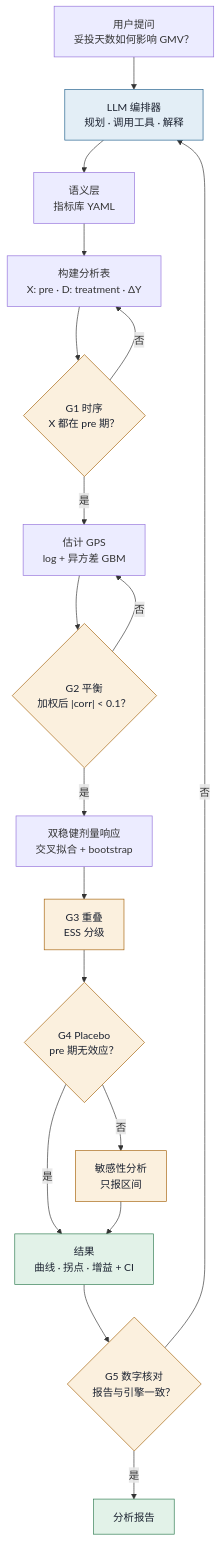
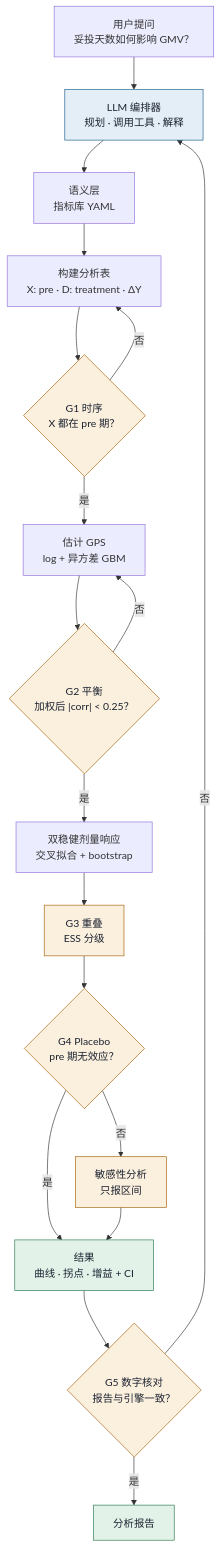
The diagram in docs/flowchart.mmd (zhangwuziyang/LSC), drawn with Mermaid before and after one commit. The commit also changed 19 other files, not shown here.

```diff
--- a/docs/flowchart.mmd
+++ b/docs/flowchart.mmd
@@ -1,24 +1,24 @@
 flowchart TD
     Q["用户提问<br/>妥投天数如何影响 GMV？"] --> O["LLM 编排器<br/>规划 · 调用工具 · 解释"]
     O --> S["语义层<br/>指标库 YAML"]
     S --> B["构建分析表<br/>X: pre · D: treatment · ΔY"]
     B --> G1{"G1 时序<br/>X 都在 pre 期？"}
     G1 -- 否 --> B
     G1 -- 是 --> GPS["估计 GPS<br/>log + 异方差 GBM"]
-    GPS --> G2{"G2 平衡<br/>加权后 |corr| < 0.1？"}
+    GPS --> G2{"G2 平衡<br/>加权后 |corr| < 0.25？"}
     G2 -- 否 --> GPS
     G2 -- 是 --> DR["双稳健剂量响应<br/>交叉拟合 + bootstrap"]
     DR --> G3["G3 重叠<br/>ESS 分级"]
     G3 --> G4{"G4 Placebo<br/>pre 期无效应？"}
     G4 -- 是 --> OUT["结果<br/>曲线 · 拐点 · 增益 + CI"]
     G4 -- 否 --> SEN["敏感性分析<br/>只报区间"]
     SEN --> OUT
     OUT --> G5{"G5 数字核对<br/>报告与引擎一致？"}
     G5 -- 否 --> O
     G5 -- 是 --> R["分析报告"]
     classDef gate fill:#fbf0de,stroke:#a5620a,color:#1b2230;
     classDef llm fill:#e3eef6,stroke:#1f5f8b,color:#1b2230;
     classDef out fill:#e2f2e8,stroke:#2d7a4f,color:#1b2230;
     class G1,G2,G3,G4,G5,SEN gate;
     class O llm;
     class OUT,R out;
```
